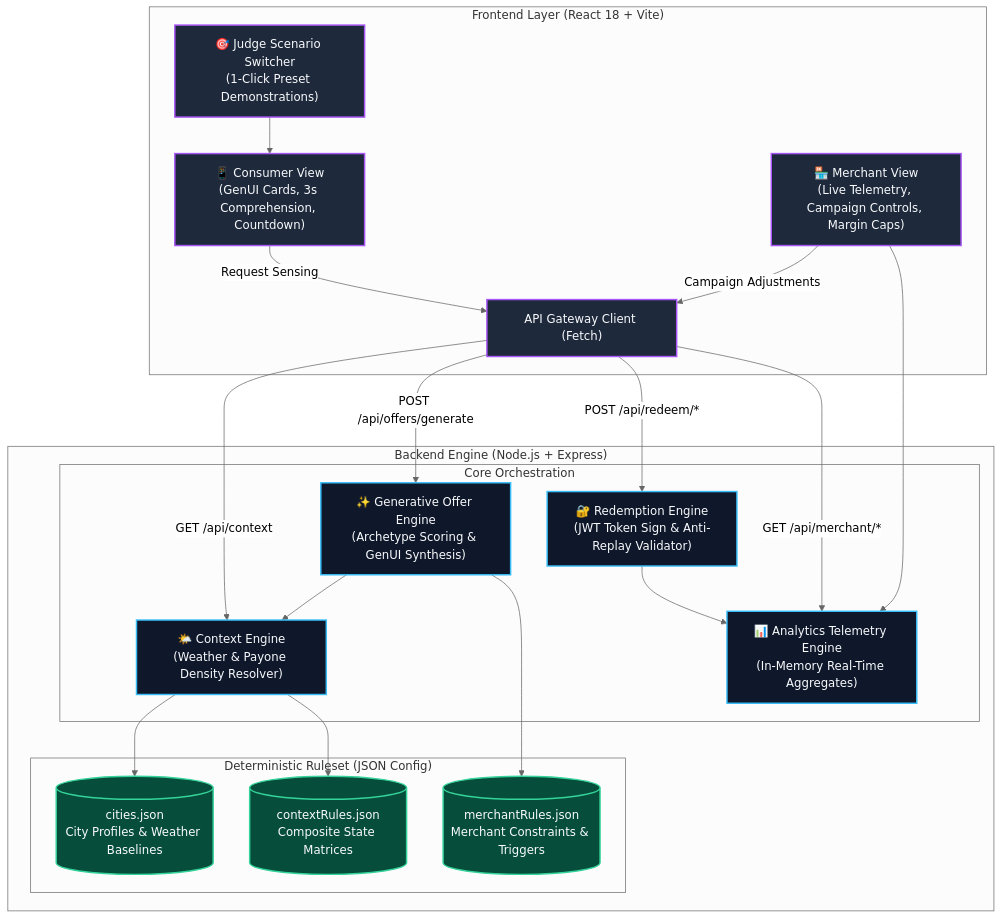
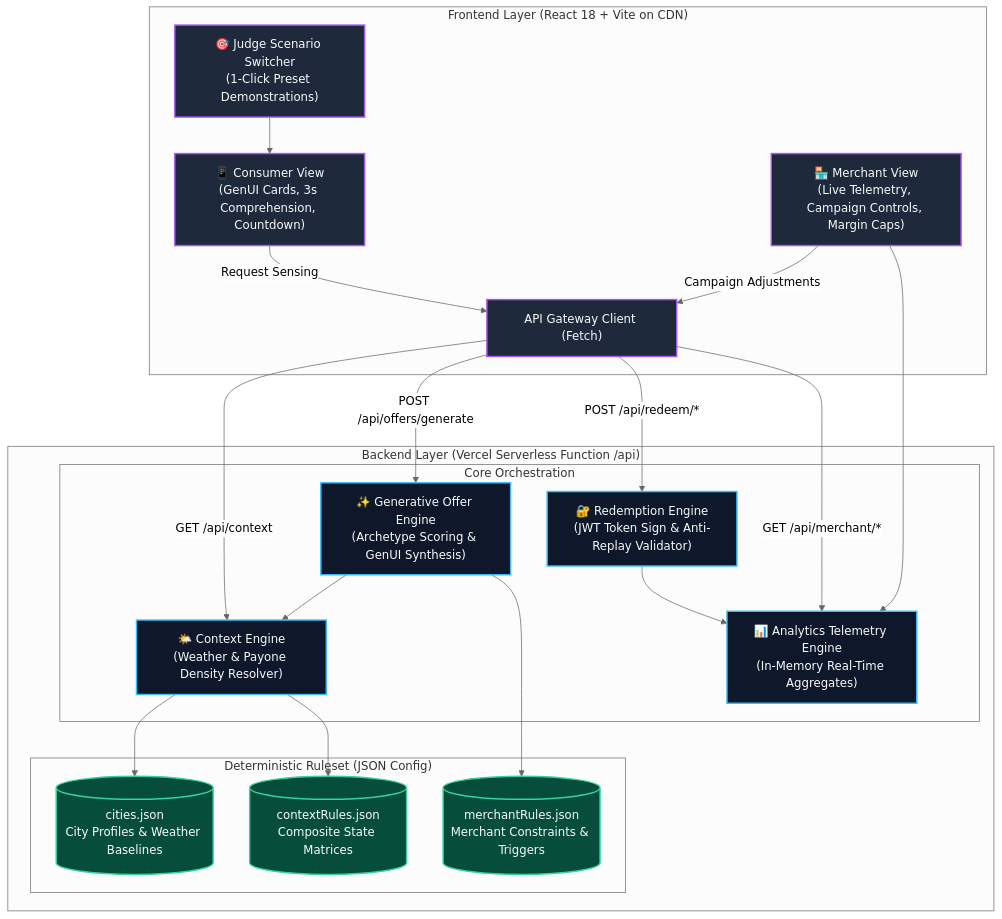
One commit to ManishPatil2005/city-wallet-mvp changed the diagram in README.md. Above: the diagram before and after it, drawn with Mermaid (neutral theme). The commit also changed other lines of this file and 3 other files, not shown here.

````diff
--- a/README.md
+++ b/README.md
@@ -55,48 +75,48 @@
 ```mermaid
 graph TD
-    subgraph "Frontend Layer (React 18 + Vite)"
+    subgraph "Frontend Layer (React 18 + Vite on CDN)"
         CV["📱 Consumer View<br/>(GenUI Cards, 3s Comprehension, Countdown)"]
         MV["🏪 Merchant View<br/>(Live Telemetry, Campaign Controls, Margin Caps)"]
         JSW["🎯 Judge Scenario Switcher<br/>(1-Click Preset Demonstrations)"]
         API_L["API Gateway Client (Fetch)"]
     end
 
-    subgraph "Backend Engine (Node.js + Express)"
+    subgraph "Backend Layer (Vercel Serverless Function /api)"
         subgraph "Core Orchestration"
             CE["🌤️ Context Engine<br/>(Weather & Payone Density Resolver)"]
             OE["✨ Generative Offer Engine<br/>(Archetype Scoring & GenUI Synthesis)"]
             RE["🔐 Redemption Engine<br/>(JWT Token Sign & Anti-Replay Validator)"]
             AE["📊 Analytics Telemetry Engine<br/>(In-Memory Real-Time Aggregates)"]
         end
 
         subgraph "Deterministic Ruleset (JSON Config)"
             C_CONF[("cities.json<br/>City Profiles & Weather Baselines")]
             R_CONF[("contextRules.json<br/>Composite State Matrices")]
             M_CONF[("merchantRules.json<br/>Merchant Constraints & Triggers")]
         end
     end
 
     %% Wiring
     JSW --> CV
     CV -->|Request Sensing| API_L
     MV -->|Campaign Adjustments| API_L
     API_L -->|GET /api/context| CE
     API_L -->|POST /api/offers/generate| OE
     API_L -->|POST /api/redeem/*| RE
     API_L -->|GET /api/merchant/*| AE
 
     CE --> C_CONF
     CE --> R_CONF
     OE --> CE
     OE --> M_CONF
     RE --> AE
     MV --> AE
 
     classDef engine fill:#0f172a,stroke:#38bdf8,stroke-width:2px,color:#f8fafc;
     classDef client fill:#1e293b,stroke:#a855f7,stroke-width:2px,color:#f8fafc;
     classDef data fill:#064e3b,stroke:#34d399,stroke-width:2px,color:#f8fafc;
 
     class CE,OE,RE,AE engine;
     class CV,MV,JSW,API_L client;
     class C_CONF,R_CONF,M_CONF data;
 ```
````
